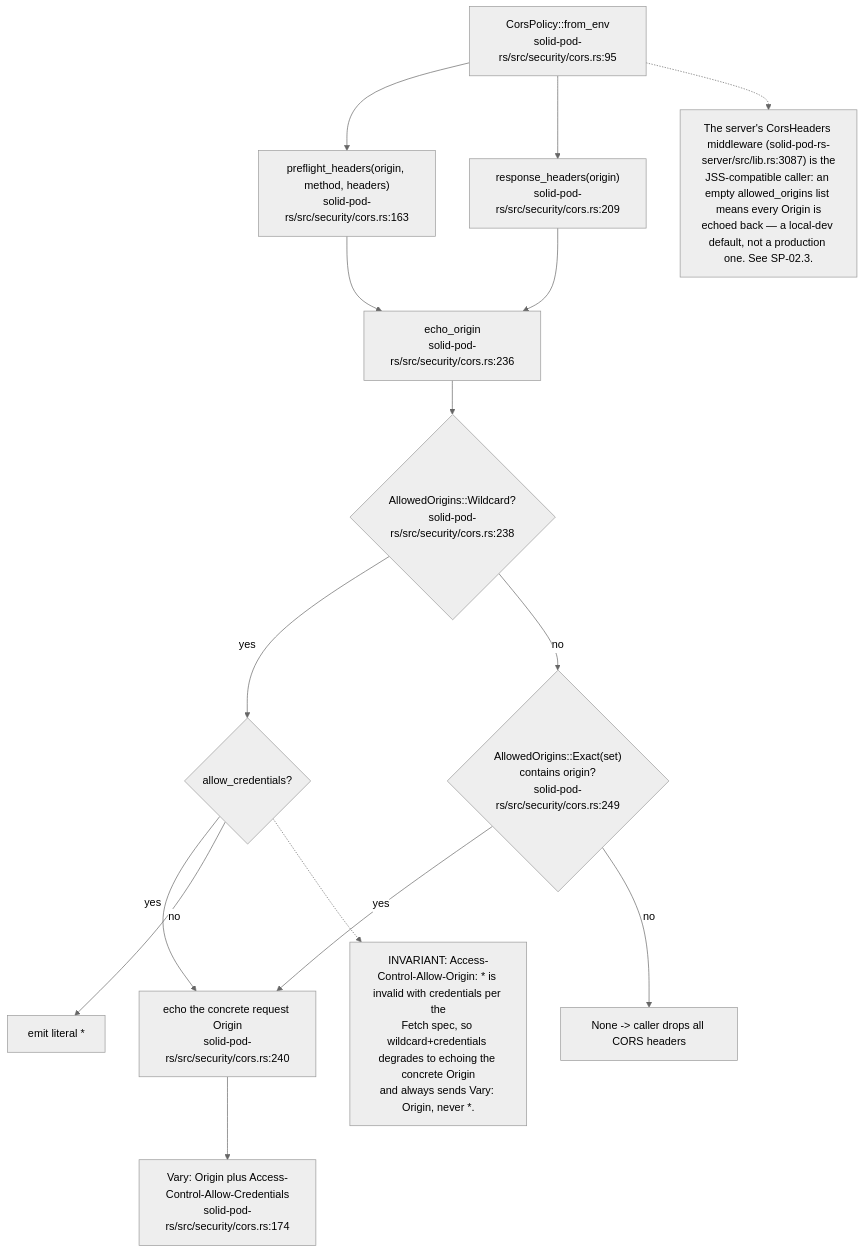
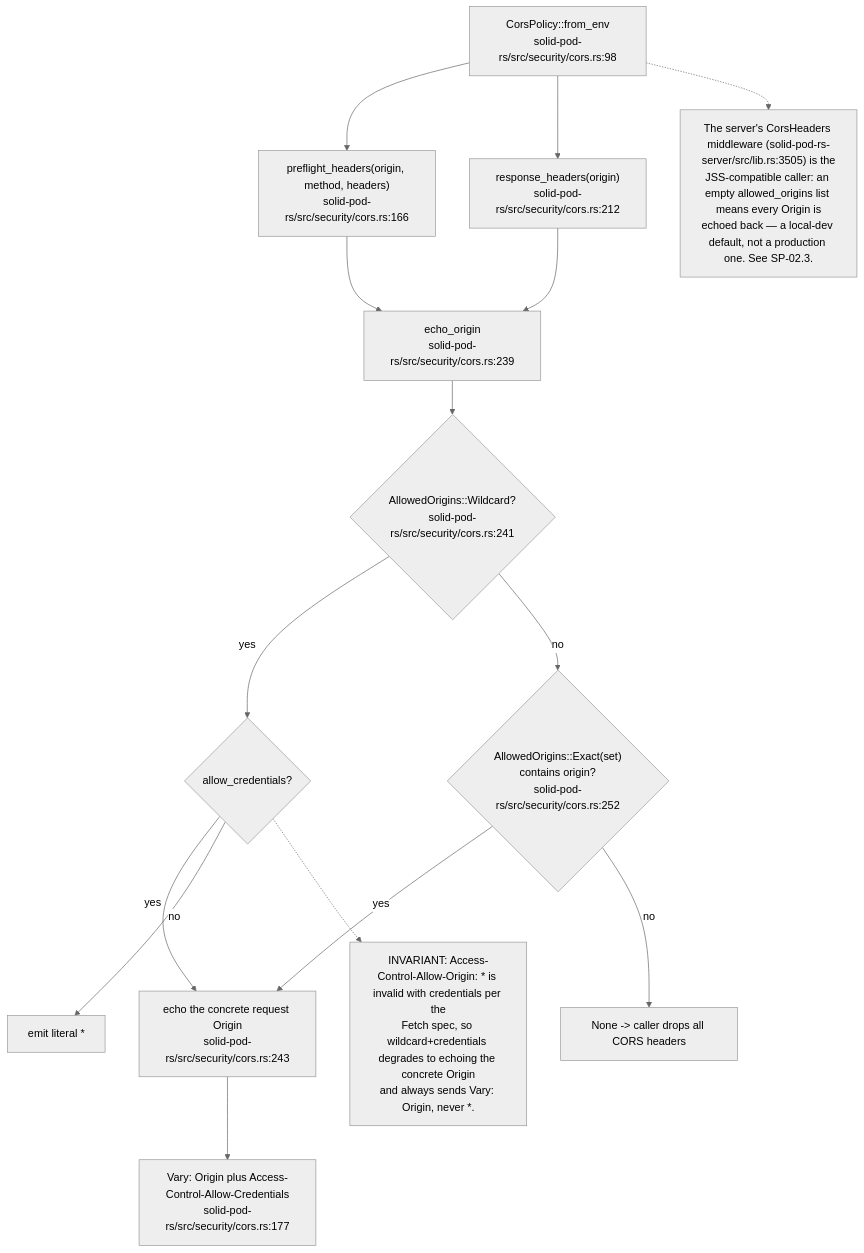
The ninth of 11 diagrams in docs/diagrams/solid-pod-rs/06-storage-quota-and-git-pods.md (DreamLab-AI/VisionFlow), drawn with Mermaid (neutral theme) before and after one commit. The commit also changed other lines of this file and 160 other files, not shown here.

````diff
--- a/docs/diagrams/solid-pod-rs/06-storage-quota-and-git-pods.md
+++ b/docs/diagrams/solid-pod-rs/06-storage-quota-and-git-pods.md
@@ -237,31 +251,31 @@
 ```mermaid
 flowchart TD
-    ENV["CorsPolicy::from_env<br/>solid-pod-rs/src/security/cors.rs:95"]
-    PF["preflight_headers(origin, method, headers)<br/>solid-pod-rs/src/security/cors.rs:163"]
-    RF["response_headers(origin)<br/>solid-pod-rs/src/security/cors.rs:209"]
-    EO["echo_origin<br/>solid-pod-rs/src/security/cors.rs:236"]
-    WC{"AllowedOrigins::Wildcard?<br/>solid-pod-rs/src/security/cors.rs:238"}
+    ENV["CorsPolicy::from_env<br/>solid-pod-rs/src/security/cors.rs:98"]
+    PF["preflight_headers(origin, method, headers)<br/>solid-pod-rs/src/security/cors.rs:166"]
+    RF["response_headers(origin)<br/>solid-pod-rs/src/security/cors.rs:212"]
+    EO["echo_origin<br/>solid-pod-rs/src/security/cors.rs:239"]
+    WC{"AllowedOrigins::Wildcard?<br/>solid-pod-rs/src/security/cors.rs:241"}
     CRED{"allow_credentials?"}
-    ECHO["echo the concrete request Origin<br/>solid-pod-rs/src/security/cors.rs:240"]
+    ECHO["echo the concrete request Origin<br/>solid-pod-rs/src/security/cors.rs:243"]
     STAR["emit literal *"]
-    EX{"AllowedOrigins::Exact(set)<br/>contains origin?<br/>solid-pod-rs/src/security/cors.rs:249"}
+    EX{"AllowedOrigins::Exact(set)<br/>contains origin?<br/>solid-pod-rs/src/security/cors.rs:252"}
     NONE["None -> caller drops all CORS headers"]
-    VARY["Vary: Origin plus Access-Control-Allow-Credentials<br/>solid-pod-rs/src/security/cors.rs:174"]
+    VARY["Vary: Origin plus Access-Control-Allow-Credentials<br/>solid-pod-rs/src/security/cors.rs:177"]
 
     ENV --> PF
     ENV --> RF
     PF --> EO
     RF --> EO
     EO --> WC
     WC -- yes --> CRED
     CRED -- yes --> ECHO --> VARY
     CRED -- no --> STAR
     WC -- no --> EX
     EX -- yes --> ECHO
     EX -- no --> NONE
 
     N["INVARIANT: Access-Control-Allow-Origin: * is invalid with credentials per the<br/>Fetch spec, so wildcard+credentials degrades to echoing the concrete Origin<br/>and always sends Vary: Origin, never *."]
     CRED -.-> N
-    N2["The server's CorsHeaders middleware (solid-pod-rs-server/src/lib.rs:3087) is the<br/>JSS-compatible caller: an empty allowed_origins list means every Origin is<br/>echoed back — a local-dev default, not a production one. See SP-02.3."]
+    N2["The server's CorsHeaders middleware (solid-pod-rs-server/src/lib.rs:3505) is the<br/>JSS-compatible caller: an empty allowed_origins list means every Origin is<br/>echoed back — a local-dev default, not a production one. See SP-02.3."]
     ENV -.-> N2
 ```
````
